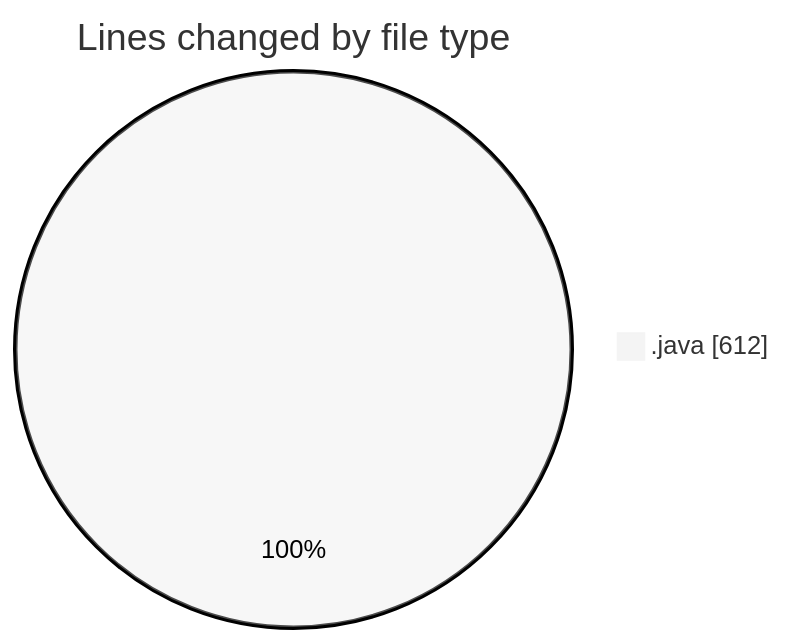
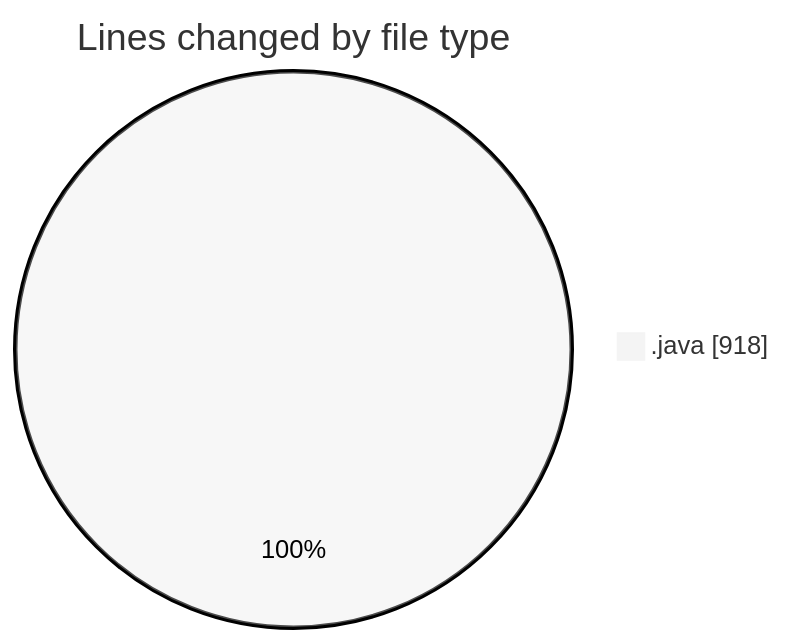
One commit to ricardozamudiocil/code-tracking changed the first of 2 diagrams in 2026-05-18/cilapp/README.md. Above: the diagram before and after it, drawn with Mermaid (neutral theme). The commit also changed other lines of this file and 1 other file, not shown here.

````diff
--- a/2026-05-18/cilapp/README.md
+++ b/2026-05-18/cilapp/README.md
@@ -24,5 +24,5 @@
 ```mermaid
 pie showData
 title Lines changed by file type
-".java" : 612
+".java" : 918
 ```
````
